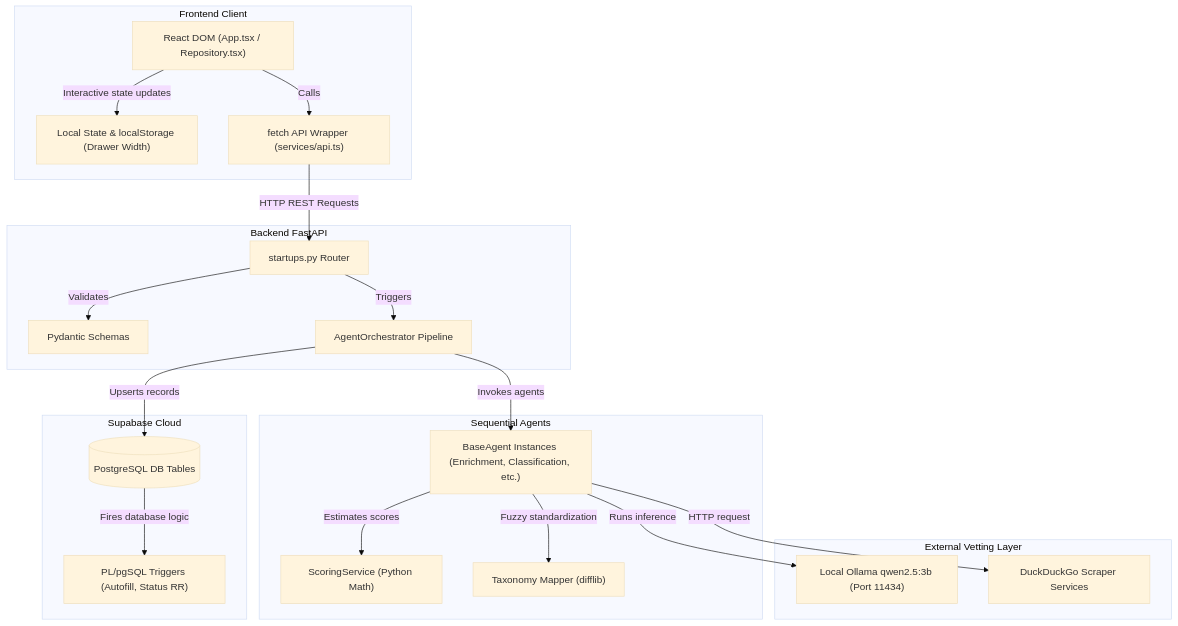
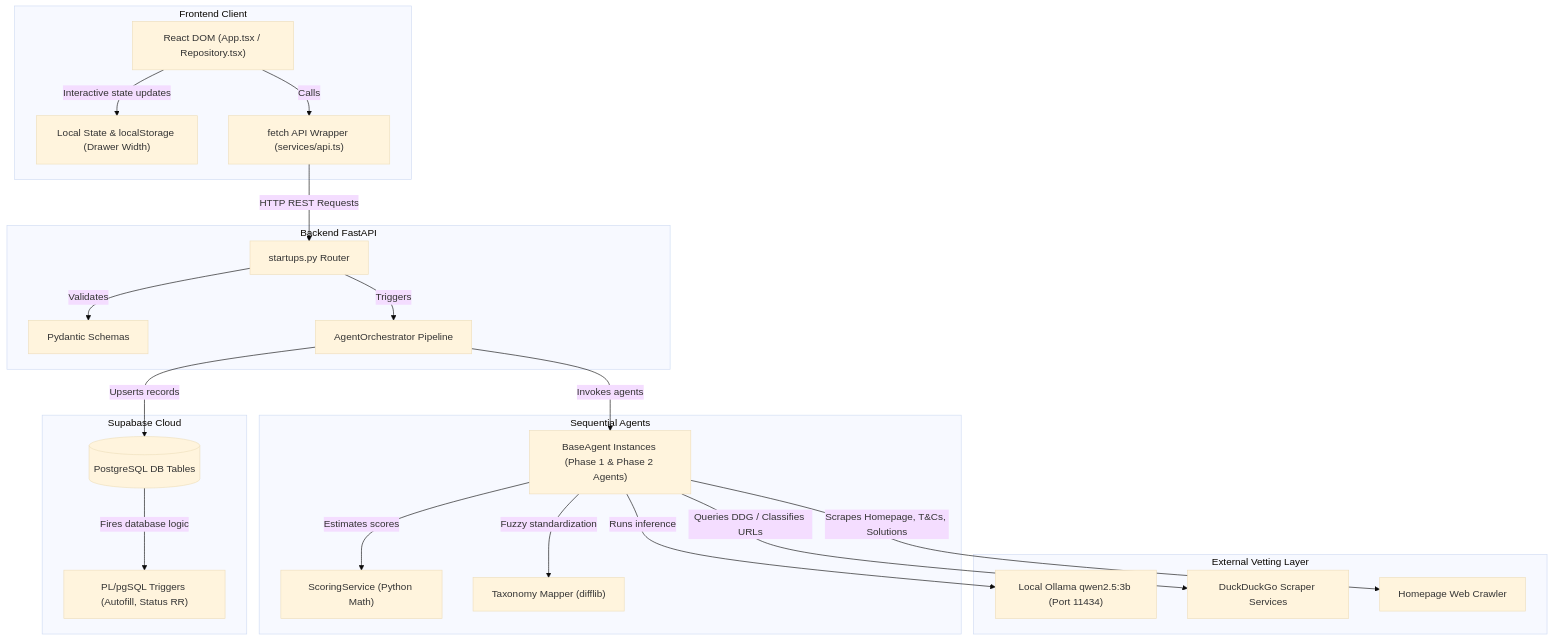
One commit to anuragbhayalprojects/startup-intelligence changed the second of 6 diagrams in docs/architecture/Startup_Intelligence_Architecture_Documentation.md. Above: the diagram before and after it, drawn with Mermaid (base theme). The commit also changed other lines of this file and 65 other files, not shown here.

````diff
--- a/docs/architecture/Startup_Intelligence_Architecture_Documentation.md
+++ b/docs/architecture/Startup_Intelligence_Architecture_Documentation.md
@@ -135,43 +133,45 @@
 ```mermaid
 graph TD
     subgraph Presentation Layer [Frontend Client]
         UI["React DOM (App.tsx / Repository.tsx)"]
         StateStore["Local State & localStorage (Drawer Width)"]
         ClientAPI["fetch API Wrapper (services/api.ts)"]
     end
 
     subgraph API Gateway Layer [Backend FastAPI]
         Router["startups.py Router"]
         Validate["Pydantic Schemas"]
         Orchestration["AgentOrchestrator Pipeline"]
     end
 
     subgraph Business Logic Layer [Sequential Agents]
-        AgentPool["BaseAgent Instances (Enrichment, Classification, etc.)"]
+        AgentPool["BaseAgent Instances (Phase 1 & Phase 2 Agents)"]
         MathEngine["ScoringService (Python Math)"]
         FuzzyEngine["Taxonomy Mapper (difflib)"]
     end
 
     subgraph Database Layer [Supabase Cloud]
         Postgres[("PostgreSQL DB Tables")]
         Triggers["PL/pgSQL Triggers (Autofill, Status RR)"]
     end
 
     subgraph External Vetting Layer
         Ollama["Local Ollama qwen2.5:3b (Port 11434)"]
         DDG["DuckDuckGo Scraper Services"]
+        Crawler["Homepage Web Crawler"]
     end
 
     UI -->|Interactive state updates| StateStore
     UI -->|Calls| ClientAPI
     ClientAPI -->|HTTP REST Requests| Router
     Router -->|Validates| Validate
     Router -->|Triggers| Orchestration
     Orchestration -->|Invokes agents| AgentPool
     AgentPool -->|Fuzzy standardization| FuzzyEngine
     AgentPool -->|Estimates scores| MathEngine
-    AgentPool -->|HTTP request| DDG
+    AgentPool -->|Queries DDG / Classifies URLs| DDG
+    AgentPool -->|Scrapes Homepage, T&Cs, Solutions| Crawler
     AgentPool -->|Runs inference| Ollama
     Orchestration -->|Upserts records| Postgres
     Postgres -->|Fires database logic| Triggers
 ```
````
